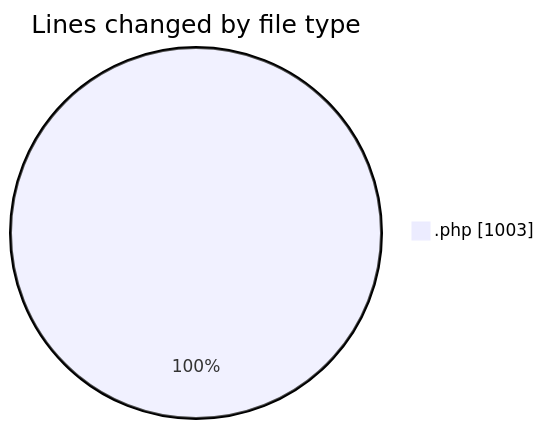
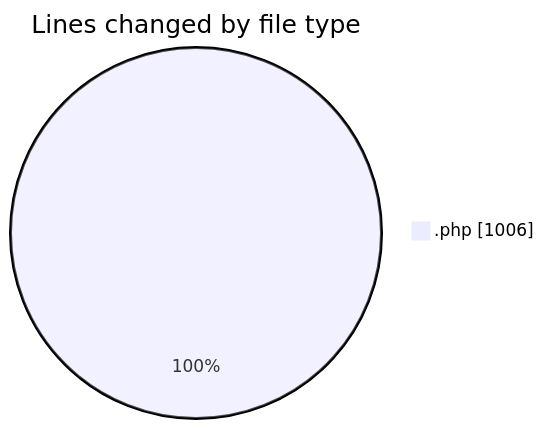
One commit to debugP/code-tracking changed the first of 2 diagrams in 2026-07-30/untitled__workspace_/README.md. Above: the diagram before and after it, drawn with Mermaid. The commit also changed other lines of this file and 1 other file, not shown here.

````diff
--- a/2026-07-30/untitled__workspace_/README.md
+++ b/2026-07-30/untitled__workspace_/README.md
@@ -20,5 +20,5 @@
 ```mermaid
 pie showData
 title Lines changed by file type
-".php" : 1003
+".php" : 1006
 ```
````
